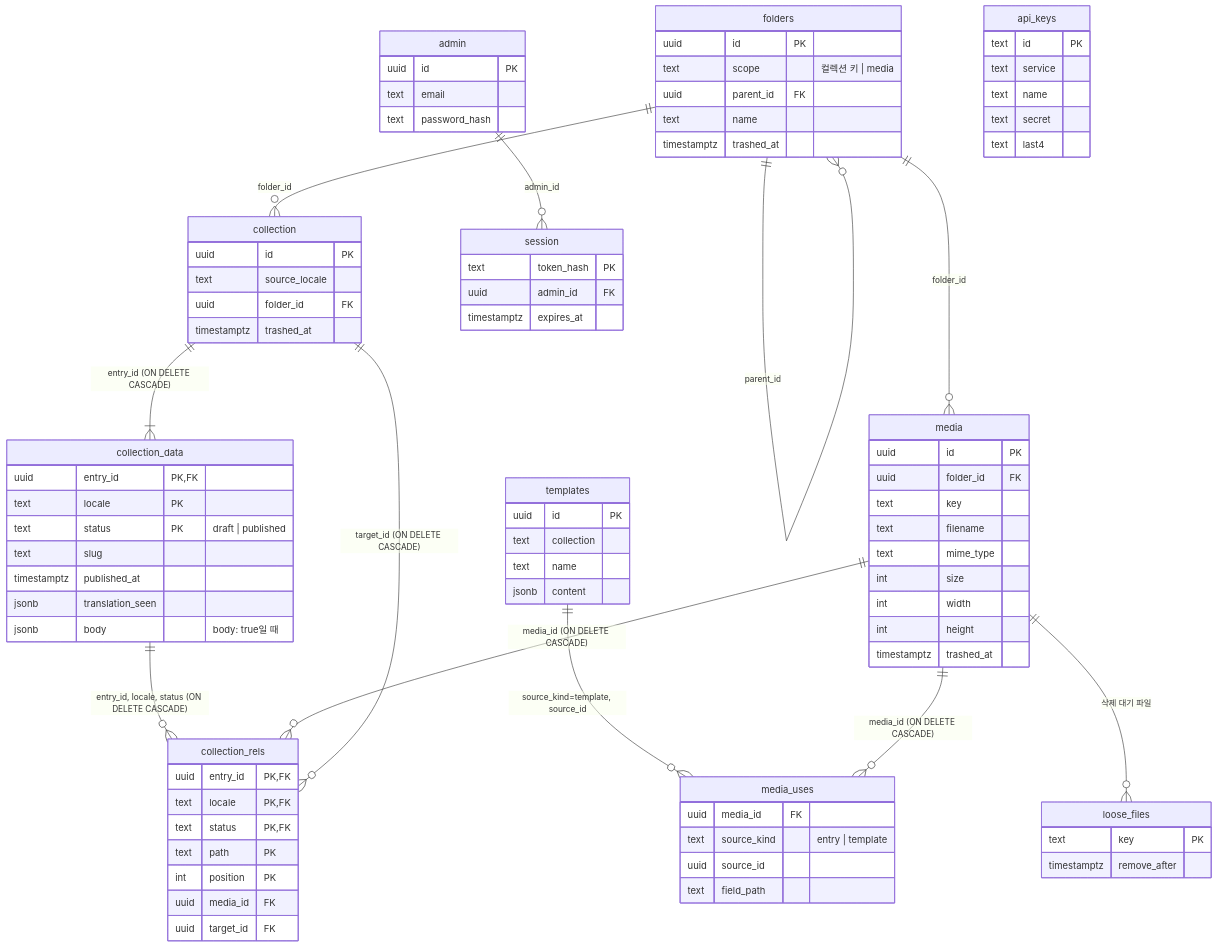
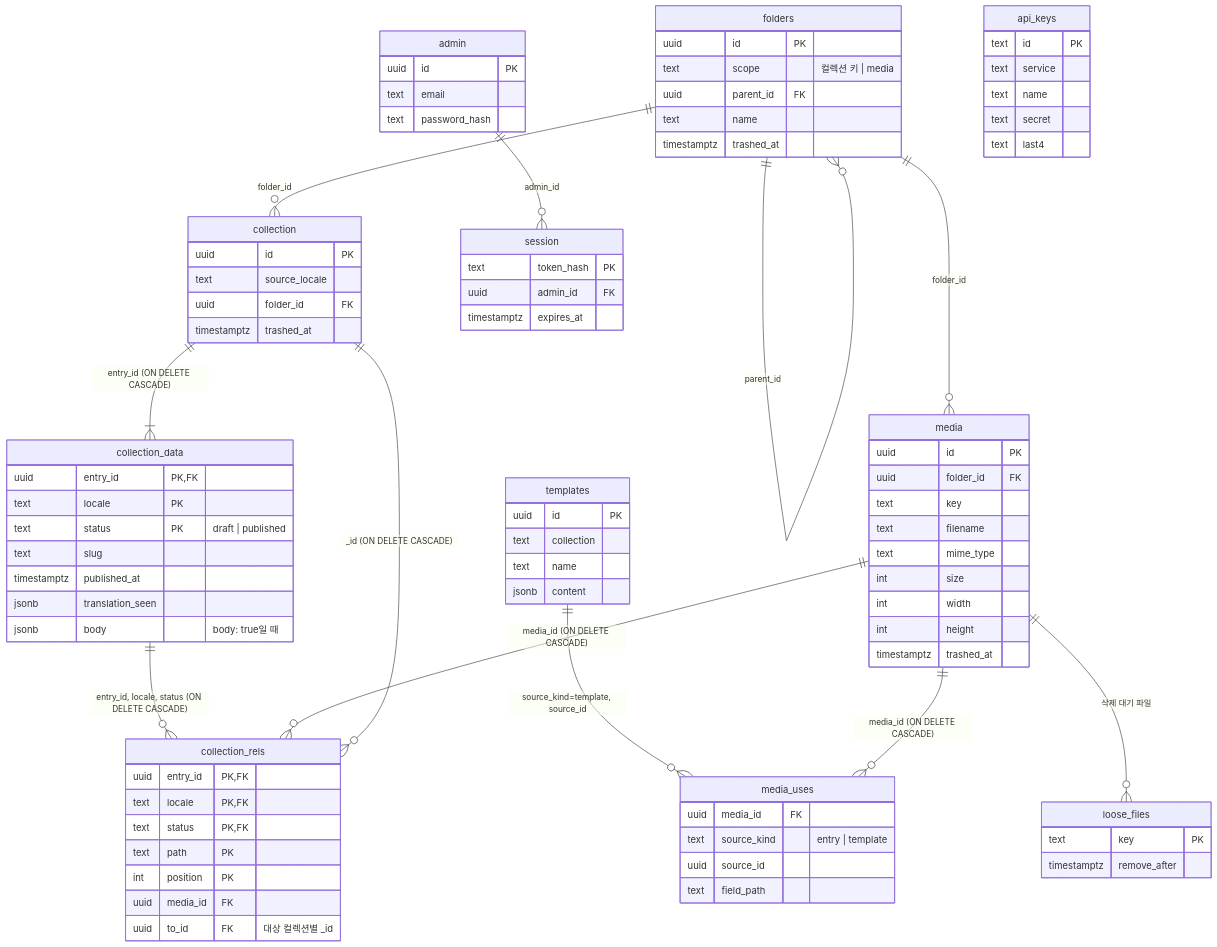
Before and after one commit to monti-cms/monti: the second of 2 diagrams in docs/refactor/core.md, drawn with Mermaid. The commit also changed other lines of this file and 6 other files, not shown here.

```diff
--- a/docs/refactor/core.md
+++ b/docs/refactor/core.md
@@ -203,7 +203,7 @@
   collection ||--|{ collection_data : "entry_id (ON DELETE CASCADE)"
   collection_data ||--o{ collection_rels : "entry_id, locale, status (ON DELETE CASCADE)"
   media ||--o{ collection_rels : "media_id (ON DELETE CASCADE)"
-  collection ||--o{ collection_rels : "target_id (ON DELETE CASCADE)"
+  collection ||--o{ collection_rels : "<to>_id (ON DELETE CASCADE)"
 
   templates ||--o{ media_uses : "source_kind=template, source_id"
   media ||--o{ media_uses : "media_id (ON DELETE CASCADE)"
@@ -235,7 +235,7 @@
     text path PK
     int position PK
     uuid media_id FK
-    uuid target_id FK
+    uuid to_id FK "대상 컬렉션별 <to>_id"
   }
 
   templates {
```
